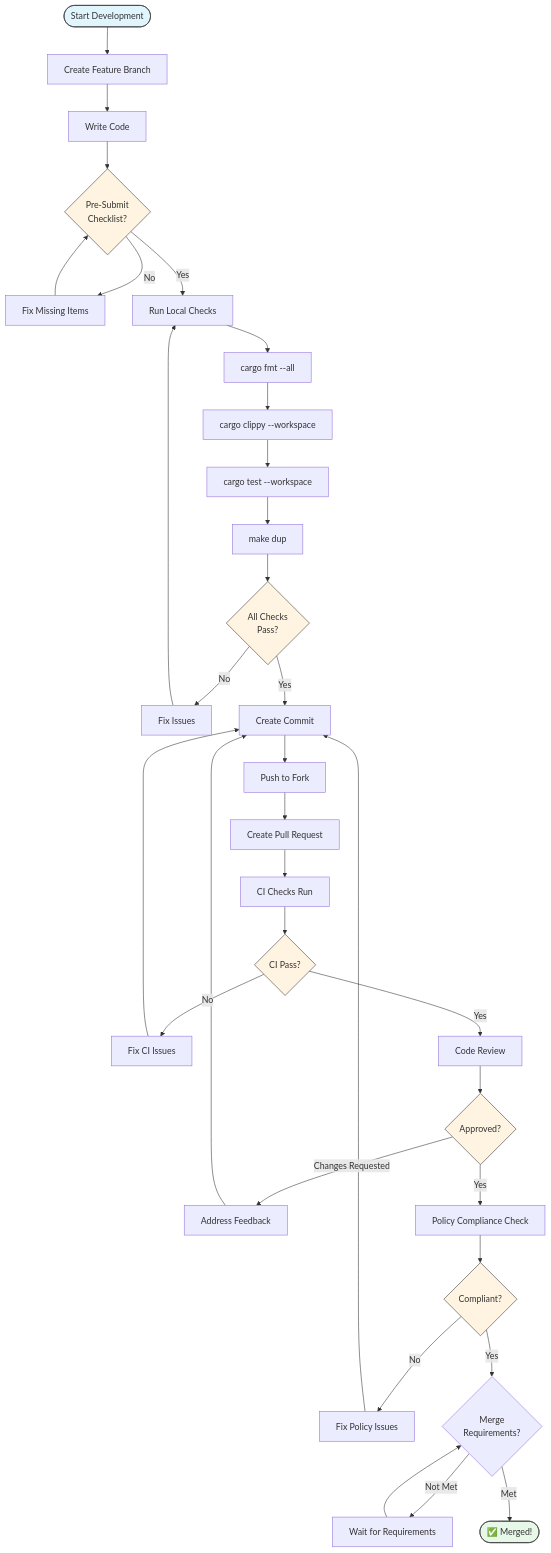
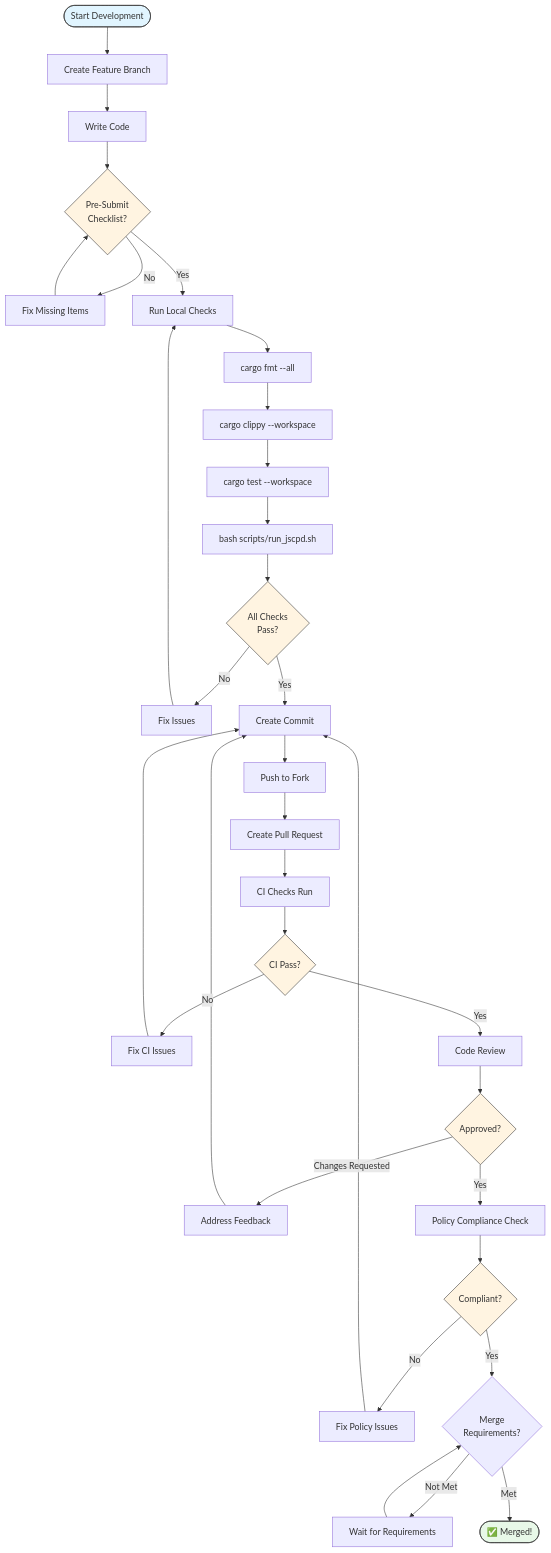
The diagram in CONTRIBUTING.md (rogu3bear/adapter-os), drawn with Mermaid before and after one commit. The commit also changed 57 other files, not shown here.

````diff
--- a/CONTRIBUTING.md
+++ b/CONTRIBUTING.md
@@ -248,56 +248,56 @@
 ```mermaid
 flowchart TD
     Start([Start Development]) --> Branch[Create Feature Branch]
     Branch --> Code[Write Code]
     Code --> PreCheck{Pre-Submit<br/>Checklist?}
 
     PreCheck -->|No| Fix1[Fix Missing Items]
     Fix1 --> PreCheck
 
     PreCheck -->|Yes| Local[Run Local Checks]
     Local --> Fmt[cargo fmt --all]
     Fmt --> Clippy[cargo clippy --workspace]
     Clippy --> Tests[cargo test --workspace]
-    Tests --> Dup[make dup]
+    Tests --> Dup[bash scripts/run_jscpd.sh]
 
     Dup --> AllPass{All Checks<br/>Pass?}
     AllPass -->|No| Fix2[Fix Issues]
     Fix2 --> Local
 
     AllPass -->|Yes| Commit[Create Commit]
     Commit --> Push[Push to Fork]
     Push --> PR[Create Pull Request]
 
     PR --> CI[CI Checks Run]
     CI --> CIPass{CI Pass?}
 
     CIPass -->|No| Fix3[Fix CI Issues]
     Fix3 --> Commit
 
     CIPass -->|Yes| Review[Code Review]
     Review --> ReviewOK{Approved?}
 
     ReviewOK -->|Changes Requested| Fix4[Address Feedback]
     Fix4 --> Commit
 
     ReviewOK -->|Yes| PolicyCheck[Policy Compliance Check]
     PolicyCheck --> PolicyOK{Compliant?}
 
     PolicyOK -->|No| Fix5[Fix Policy Issues]
     Fix5 --> Commit
 
     PolicyOK -->|Yes| Merge{Merge<br/>Requirements?}
 
     Merge -->|Not Met| Wait[Wait for Requirements]
     Wait --> Merge
 
     Merge -->|Met| Merged([✅ Merged!])
 
     style Start fill:#e1f5ff,stroke:#333
     style Merged fill:#e8f8e8,stroke:#333
     style PreCheck fill:#fff4e1,stroke:#333
     style AllPass fill:#fff4e1,stroke:#333
     style CIPass fill:#fff4e1,stroke:#333
     style ReviewOK fill:#fff4e1,stroke:#333
     style PolicyOK fill:#fff4e1,stroke:#333
 ```
````
